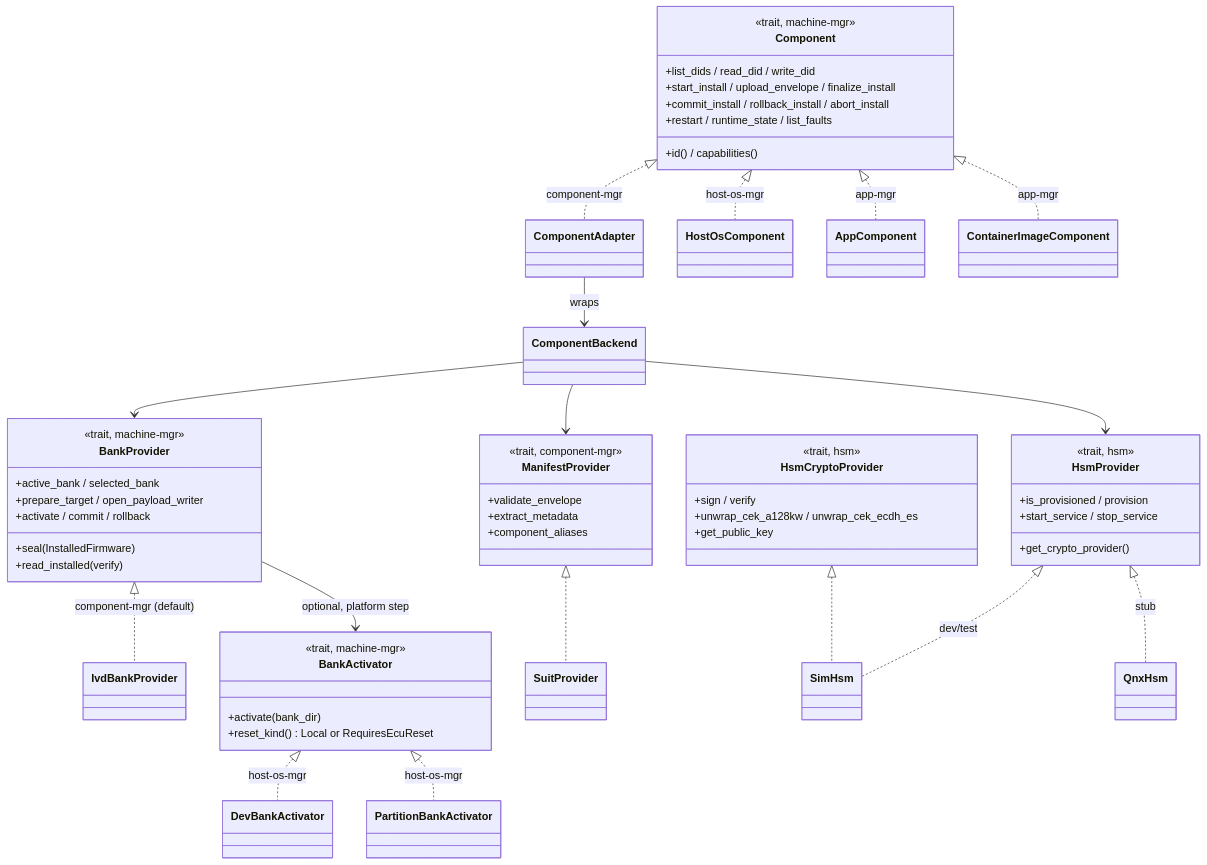
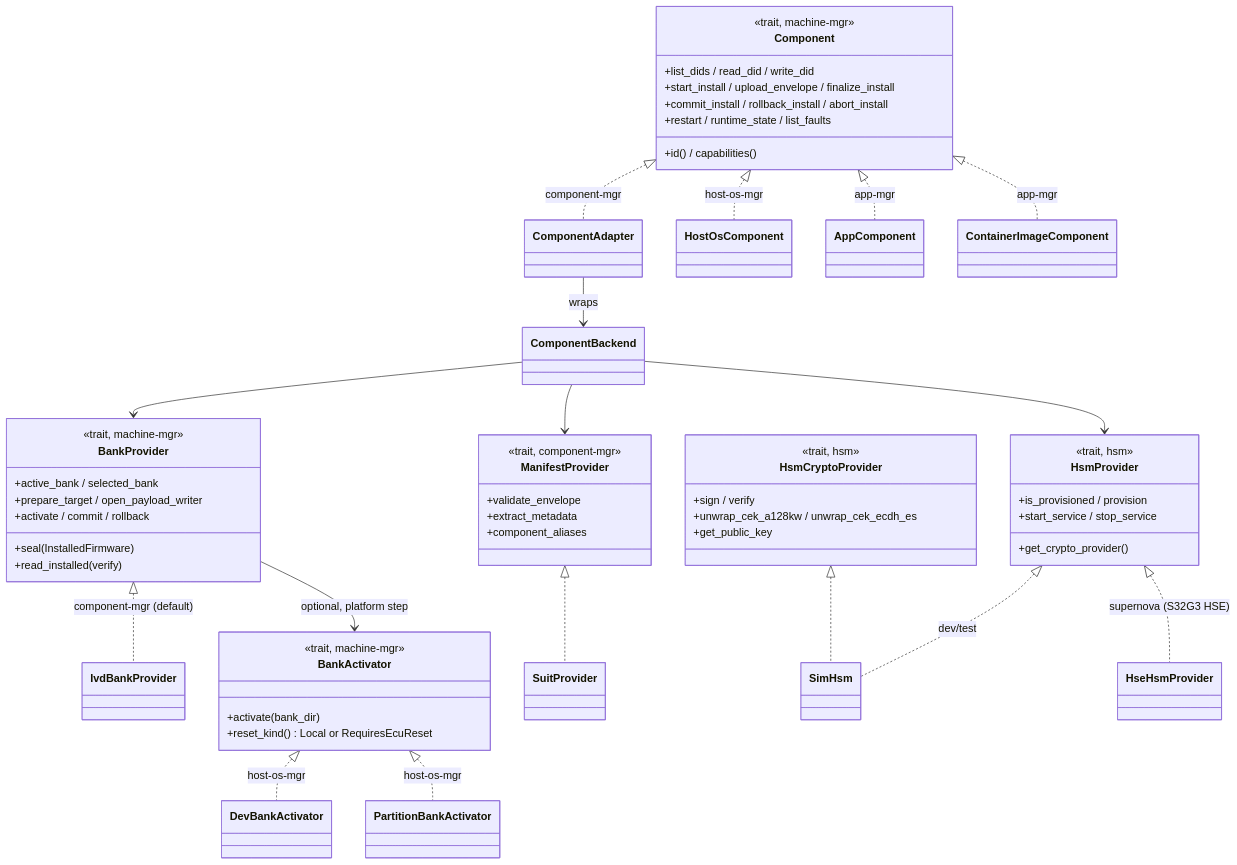
The second of 5 diagrams in ARCHITECTURE.md (sdv-playground/sumo-machine-manager), drawn with Mermaid before and after one commit. The commit also changed other lines of this file and 2 other files, not shown here.

First line of the commit message:
docs: retire the QnxHsm ghost (deleted in #9; point at HseHsmProvider)

````diff
--- a/ARCHITECTURE.md
+++ b/ARCHITECTURE.md
@@ -83,58 +83,58 @@
 ```mermaid
 classDiagram
     class Component {
         <<trait, machine-mgr>>
         +id() / capabilities()
         +list_dids / read_did / write_did
         +start_install / upload_envelope / finalize_install
         +commit_install / rollback_install / abort_install
         +restart / runtime_state / list_faults
     }
     class BankProvider {
         <<trait, machine-mgr>>
         +active_bank / selected_bank
         +prepare_target / open_payload_writer
         +seal(InstalledFirmware)
         +read_installed (verify)
         +activate / commit / rollback
     }
     class BankActivator {
         <<trait, machine-mgr>>
         +activate(bank_dir)
         +reset_kind() Local or RequiresEcuReset
     }
     class HsmProvider {
         <<trait, hsm>>
         +is_provisioned / provision
         +start_service / stop_service
         +get_crypto_provider()
     }
     class HsmCryptoProvider {
         <<trait, hsm>>
         +sign / verify
         +unwrap_cek_a128kw / unwrap_cek_ecdh_es
         +get_public_key
     }
     class ManifestProvider {
         <<trait, component-mgr>>
         +validate_envelope
         +extract_metadata
         +component_aliases
     }
     Component <|.. ComponentAdapter : component-mgr
     Component <|.. HostOsComponent : host-os-mgr
     Component <|.. AppComponent : app-mgr
     Component <|.. ContainerImageComponent : app-mgr
     ComponentAdapter --> ComponentBackend : wraps
     ComponentBackend --> BankProvider
     ComponentBackend --> ManifestProvider
     ComponentBackend --> HsmProvider
     BankProvider <|.. IvdBankProvider : component-mgr (default)
     BankProvider --> BankActivator : optional, platform step
     BankActivator <|.. DevBankActivator : host-os-mgr
     BankActivator <|.. PartitionBankActivator : host-os-mgr
     HsmProvider <|.. SimHsm : dev/test
-    HsmProvider <|.. QnxHsm : stub
+    HsmProvider <|.. HseHsmProvider : supernova (S32G3 HSE)
     HsmCryptoProvider <|.. SimHsm
     ManifestProvider <|.. SuitProvider
 ```
````
